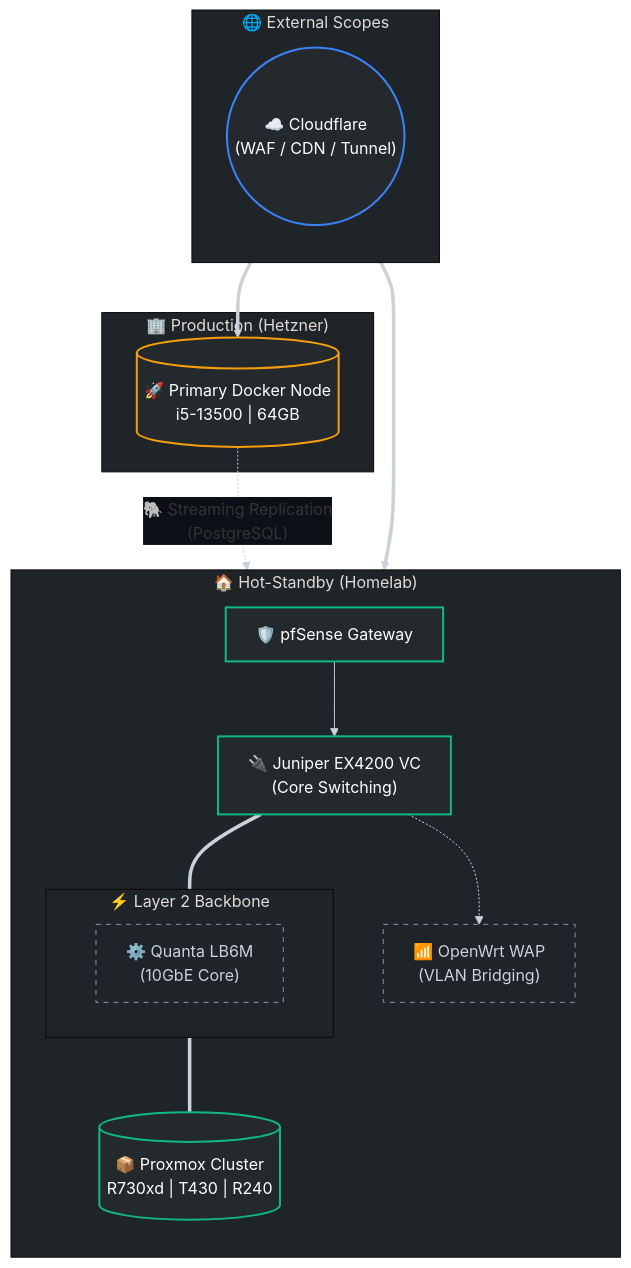
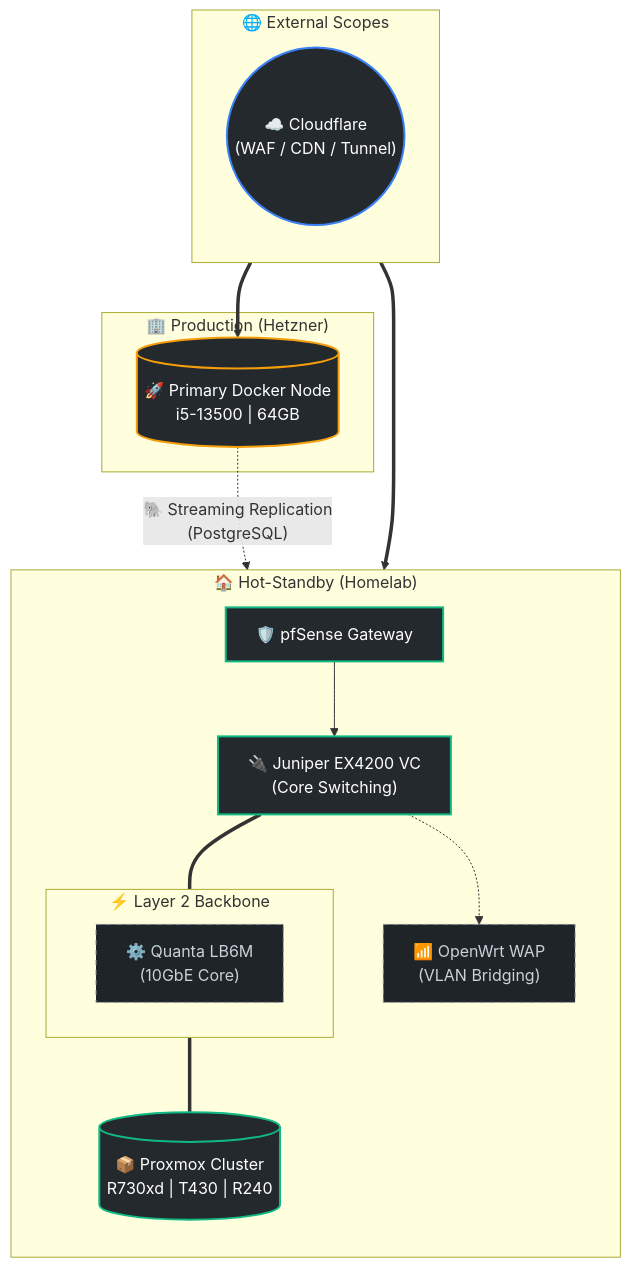
Before and after one commit to Labontese/labontese: the diagram in README.md, drawn with Mermaid.

Commit message:
Fix Mermaid rendering error by removing custom init directive

````diff
--- a/README.md
+++ b/README.md
@@ -14,46 +14,45 @@
 ```mermaid
-%%{init: {'theme': 'base', 'themeVariables': { 'primaryColor': '#161b22', 'edgeLabelBackground':'#0d1117', 'tertiaryColor': '#1f2428', 'lineColor': '#c9d1d9'}}}%%
 flowchart TD
     %% Styling Definitions
     classDef cloud fill:#24292e,stroke:#3b82f6,stroke-width:2px,color:#fff;
     classDef hetzner fill:#24292e,stroke:#f59e0b,stroke-width:2px,color:#fff;
     classDef homelab fill:#24292e,stroke:#10b981,stroke-width:2px,color:#fff;
     classDef net fill:#1f2428,stroke:#8b949e,stroke-width:1px,color:#c9d1d9,stroke-dasharray: 5 5;
 
     %% External Scope
     subgraph EXT ["🌐 External Scopes"]
         direction TB
         CF(("☁️ Cloudflare<br/>(WAF / CDN / Tunnel)")):::cloud
     end
 
     %% Production Scope
     subgraph HZ_LOC ["🏢 Production (Hetzner)"]
         HZ[("🚀 Primary Docker Node<br/>i5-13500 | 64GB")]:::hetzner
     end
 
     %% Homelab Scope
     subgraph HL_LOC ["🏠 Hot-Standby (Homelab)"]
         direction TB
         PF["🛡️ pfSense Gateway"]:::homelab
         JN["🔌 Juniper EX4200 VC<br/>(Core Switching)"]:::homelab
         
         subgraph L2 ["⚡ Layer 2 Backbone"]
             direction LR
             LB6["⚙️ Quanta LB6M<br/>(10GbE Core)"]:::net
         end
         
         PV[("📦 Proxmox Cluster<br/>R730xd | T430 | R240")]:::homelab
         OW["📶 OpenWrt WAP<br/>(VLAN Bridging)"]:::net
     end
 
     %% Relationships
     CF ==> HZ
     CF ==> PF
     PF --> JN
     JN === LB6
     LB6 === PV
     JN -.-> OW
     
     %% Replication Link
     HZ -. "🐘 Streaming Replication<br/>(PostgreSQL)" .-> PV
 ```
````
